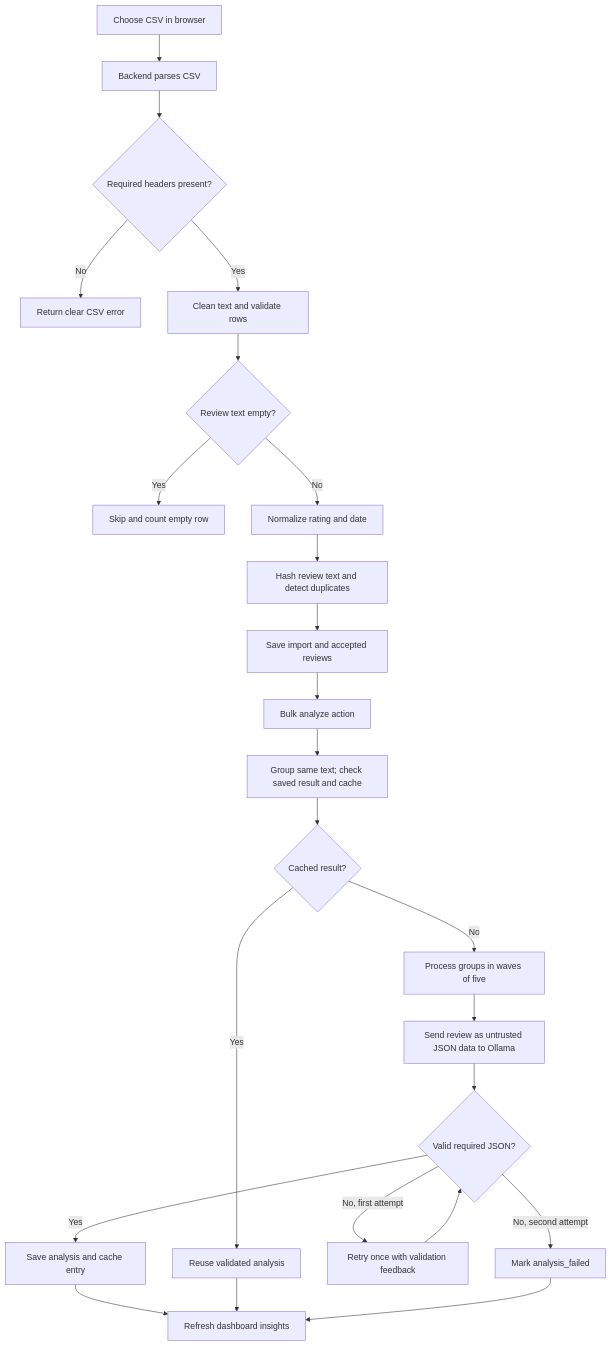
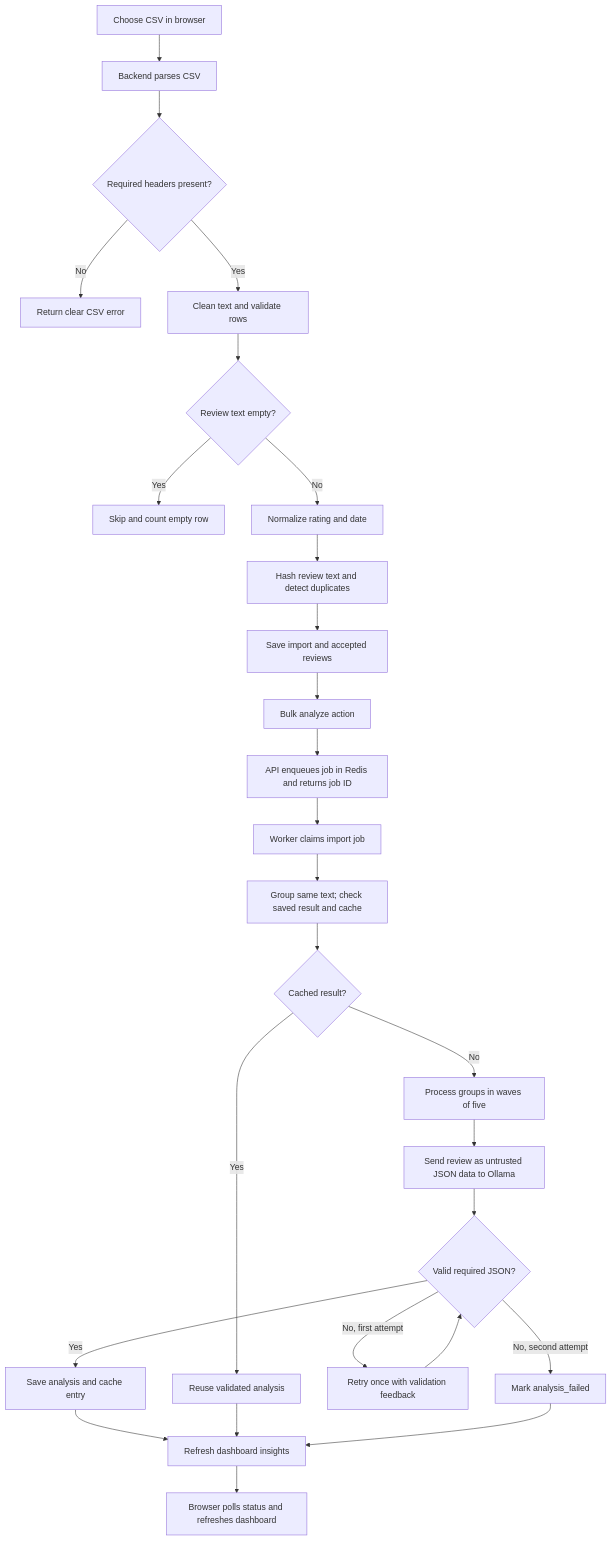
Before and after one commit to anuj-yd/ReviewLens: the second of 2 diagrams in README.md, drawn with Mermaid. The commit also changed other lines of this file and 12 other files, not shown here.

Commit message:
Add Redis-backed BullMQ analysis worker

````diff
--- a/README.md
+++ b/README.md
@@ -61,26 +66,29 @@
 ```mermaid
 flowchart TD
     A[Choose CSV in browser] --> B[Backend parses CSV]
     B --> C{Required headers present?}
     C -->|No| D[Return clear CSV error]
     C -->|Yes| E[Clean text and validate rows]
     E --> F{Review text empty?}
     F -->|Yes| G[Skip and count empty row]
     F -->|No| H[Normalize rating and date]
     H --> I[Hash review text and detect duplicates]
     I --> J[Save import and accepted reviews]
     J --> K[Bulk analyze action]
-    K --> L[Group same text; check saved result and cache]
-    L --> M{Cached result?}
+    K --> L[API enqueues job in Redis and returns job ID]
+    L --> W[Worker claims import job]
+    W --> X[Group same text; check saved result and cache]
+    X --> M{Cached result?}
     M -->|Yes| N[Reuse validated analysis]
     M -->|No| O[Process groups in waves of five]
     O --> P[Send review as untrusted JSON data to Ollama]
     P --> Q{Valid required JSON?}
     Q -->|Yes| R[Save analysis and cache entry]
     Q -->|No, first attempt| S[Retry once with validation feedback]
     S --> Q
     Q -->|No, second attempt| T[Mark analysis_failed]
     R --> U[Refresh dashboard insights]
     N --> U
     T --> U
+    U --> V[Browser polls status and refreshes dashboard]
 ```
````
